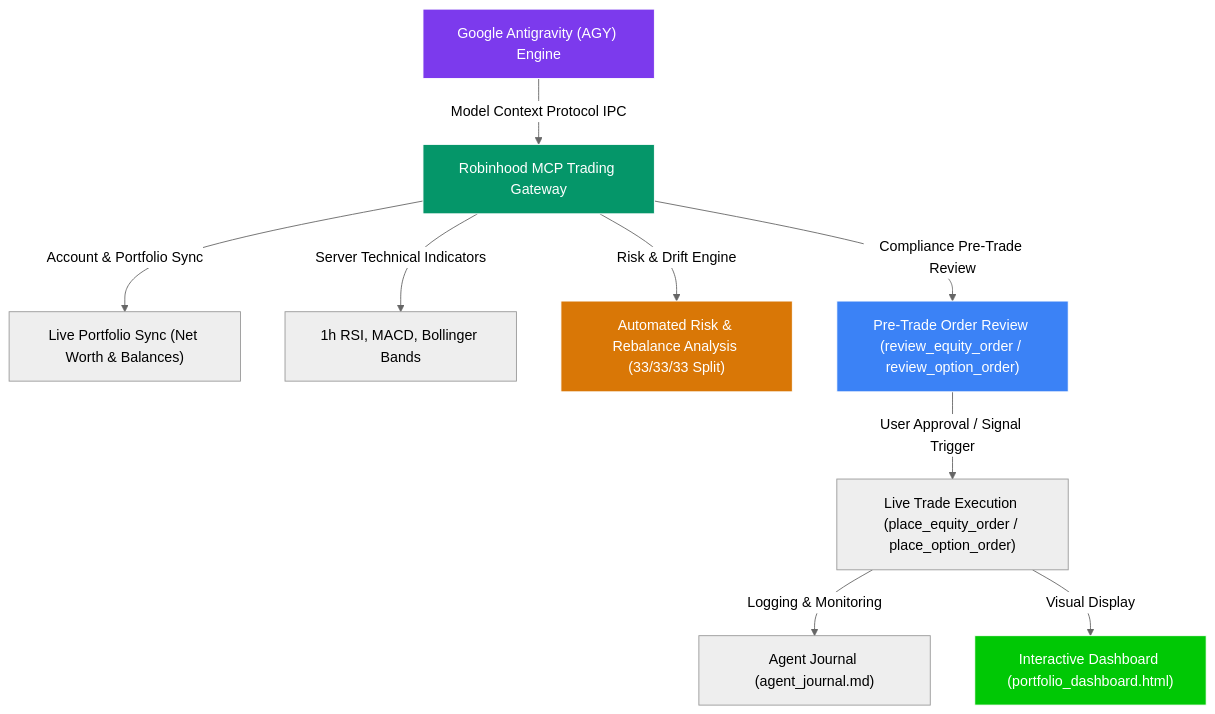
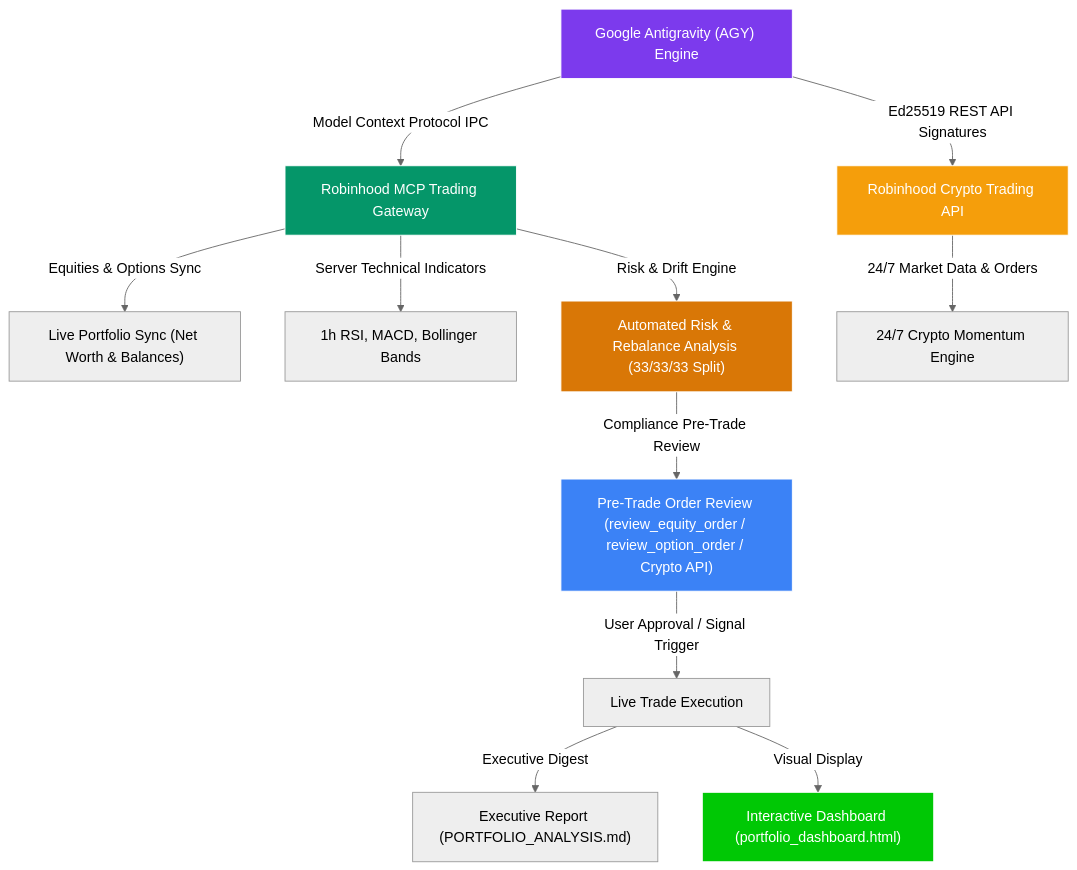
One commit to xylaes/robinhood-agentic-trading changed the diagram in README.md. Above: the diagram before and after it, drawn with Mermaid (neutral theme). The commit also changed other lines of this file and 8 other files, not shown here.

Commit message:
feat: Add Robinhood Crypto REST API integration, Ed25519 authentication client, and updated documentation

````diff
--- a/README.md
+++ b/README.md
@@ -28,18 +30,23 @@
 ```mermaid
 graph TD
     AGY["Google Antigravity (AGY) Engine"] -->|Model Context Protocol IPC| MCP["Robinhood MCP Trading Gateway"]
-    MCP -->|Account & Portfolio Sync| Portfolio["Live Portfolio Sync (Net Worth & Balances)"]
+    AGY -->|Ed25519 REST API Signatures| CryptoAPI["Robinhood Crypto Trading API"]
+    
+    MCP -->|Equities & Options Sync| Portfolio["Live Portfolio Sync (Net Worth & Balances)"]
     MCP -->|Server Technical Indicators| Analytics["1h RSI, MACD, Bollinger Bands"]
+    CryptoAPI -->|24/7 Market Data & Orders| CryptoEngine["24/7 Crypto Momentum Engine"]
+    
     MCP -->|Risk & Drift Engine| Rebalance["Automated Risk & Rebalance Analysis (33/33/33 Split)"]
-    MCP -->|Compliance Pre-Trade Review| Simulation["Pre-Trade Order Review (review_equity_order / review_option_order)"]
+    Rebalance -->|Compliance Pre-Trade Review| Simulation["Pre-Trade Order Review (review_equity_order / review_option_order / Crypto API)"]
     
-    Simulation -->|User Approval / Signal Trigger| Execution["Live Trade Execution (place_equity_order / place_option_order)"]
-    Execution -->|Logging & Monitoring| Journal["Agent Journal (agent_journal.md)"]
+    Simulation -->|User Approval / Signal Trigger| Execution["Live Trade Execution"]
+    Execution -->|Executive Digest| Digest["Executive Report (PORTFOLIO_ANALYSIS.md)"]
     Execution -->|Visual Display| Dashboard["Interactive Dashboard (portfolio_dashboard.html)"]
 
     style AGY fill:#7c3aed,stroke:#fff,color:#fff
     style MCP fill:#059669,stroke:#fff,color:#fff
+    style CryptoAPI fill:#f59e0b,stroke:#fff,color:#fff
     style Rebalance fill:#d97706,stroke:#fff,color:#fff
     style Simulation fill:#3b82f6,stroke:#fff,color:#fff
     style Dashboard fill:#00c805,stroke:#fff,color:#fff
 ```
````
